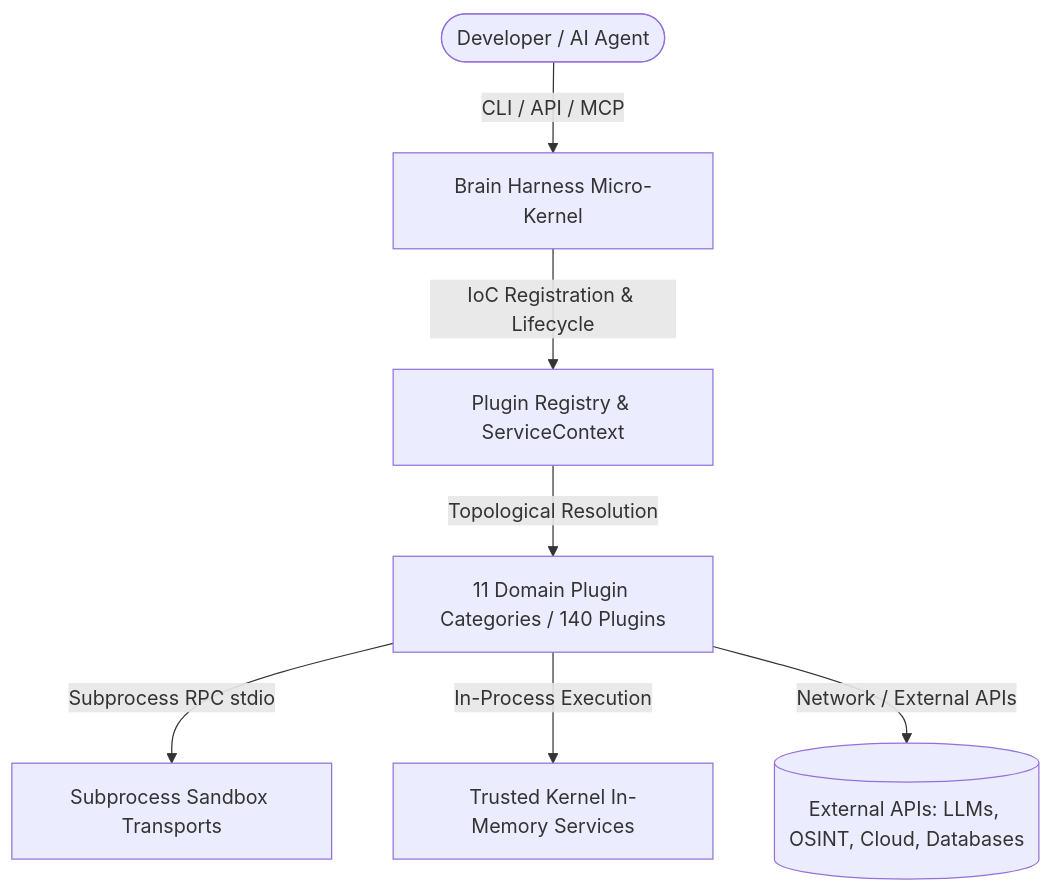
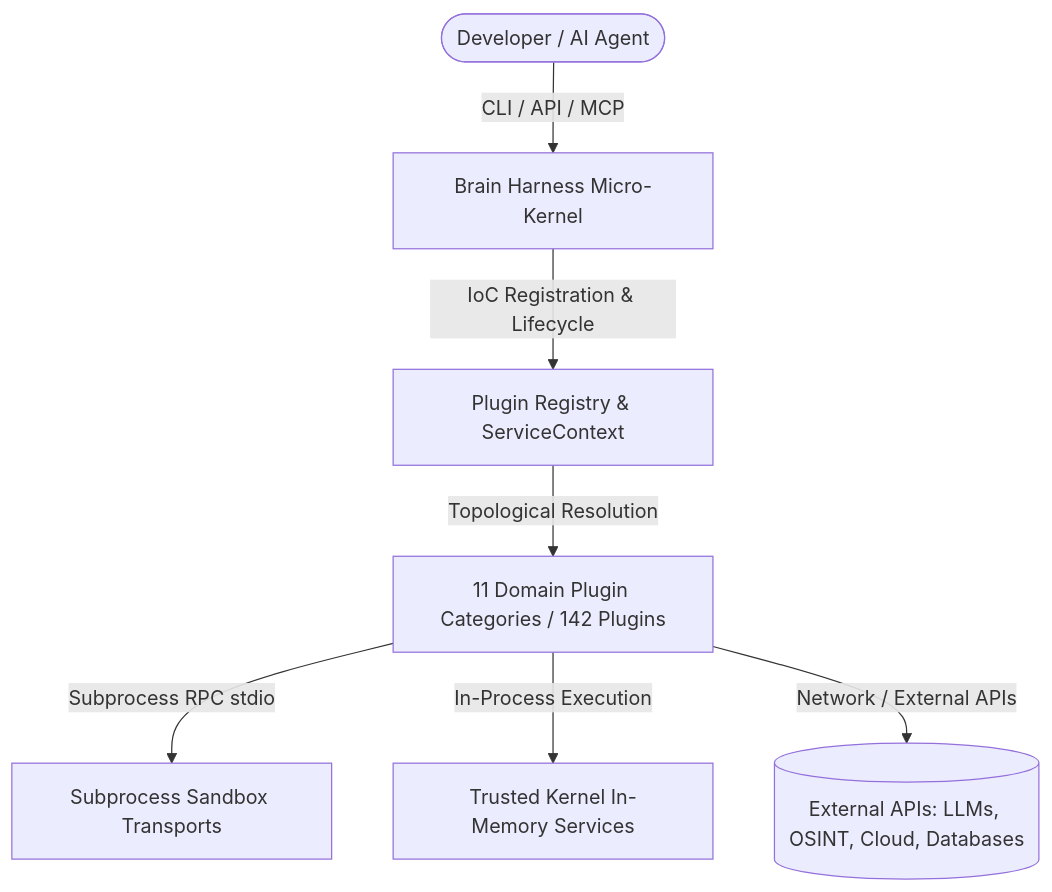
Before and after one commit to SpectreDeath/Brain-Harness: the first of 2 diagrams in plugins/README.md, drawn with Mermaid. The commit also changed other lines of this file and 26 other files, not shown here.

````diff
--- a/plugins/README.md
+++ b/plugins/README.md
@@ -11,9 +11,9 @@
 ```mermaid
 flowchart TD
     User([Developer / AI Agent]) -->|CLI / API / MCP| Kernel[Brain Harness Micro-Kernel]
     Kernel -->|IoC Registration & Lifecycle| Registry[Plugin Registry & ServiceContext]
-    Registry -->|Topological Resolution| Plugins[11 Domain Plugin Categories / 140 Plugins]
+    Registry -->|Topological Resolution| Plugins[11 Domain Plugin Categories / 142 Plugins]
     Plugins -->|Subprocess RPC stdio| Sandbox[Subprocess Sandbox Transports]
     Plugins -->|In-Process Execution| CoreServices[Trusted Kernel In-Memory Services]
     Plugins -->|Network / External APIs| External[(External APIs: LLMs, OSINT, Cloud, Databases)]
 ```
````
